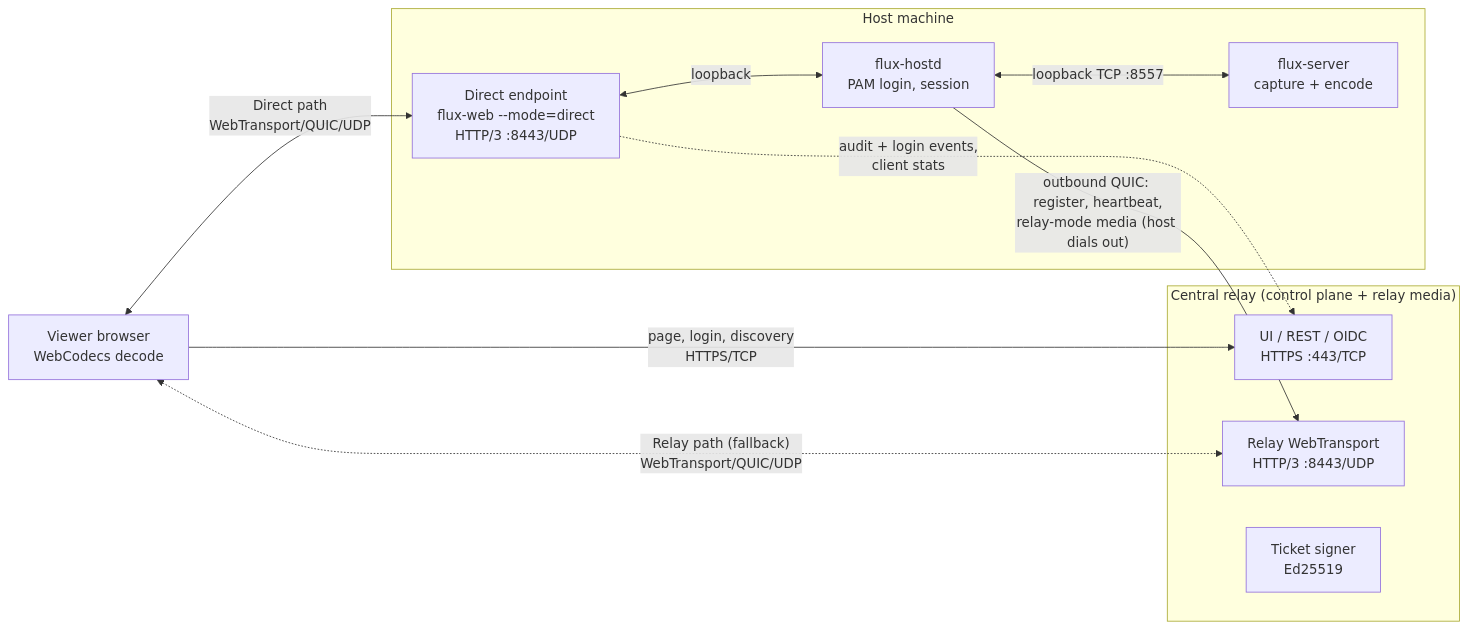
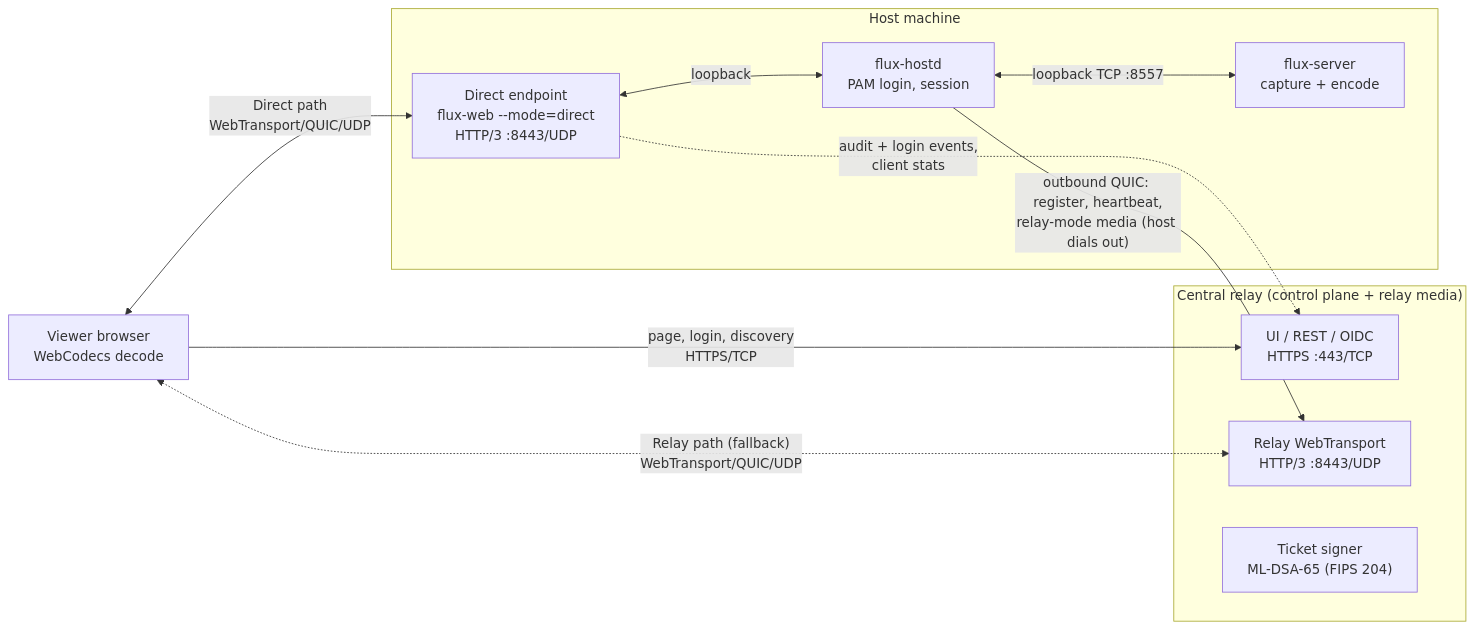
The first of 2 diagrams in docs/design/connection-modes.md (Exonical/rustcast), drawn with Mermaid before and after one commit. The commit also changed other lines of this file, not shown here.

Commit message:
docs: FIPS-approved PQC algorithms for tickets and key exchange

````diff
--- a/docs/design/connection-modes.md
+++ b/docs/design/connection-modes.md
@@ -27,22 +27,22 @@
 ```mermaid
 flowchart LR
     Browser["Viewer browser<br/>WebCodecs decode"]
     subgraph Central["Central relay (control plane + relay media)"]
         UI["UI / REST / OIDC<br/>HTTPS :443/TCP"]
         RWT["Relay WebTransport<br/>HTTP/3 :8443/UDP"]
-        Signer["Ticket signer<br/>Ed25519"]
+        Signer["Ticket signer<br/>ML-DSA-65 (FIPS 204)"]
     end
     subgraph Host["Host machine"]
         DWT["Direct endpoint<br/>flux-web --mode=direct<br/>HTTP/3 :8443/UDP"]
         Hostd["flux-hostd<br/>PAM login, session"]
         Agent["flux-server<br/>capture + encode"]
     end
 
     Browser -->|"page, login, discovery<br/>HTTPS/TCP"| UI
     Browser <-->|"Direct path<br/>WebTransport/QUIC/UDP"| DWT
     Browser <-.->|"Relay path (fallback)<br/>WebTransport/QUIC/UDP"| RWT
     Hostd -->|"outbound QUIC: register, heartbeat,<br/>relay-mode media (host dials out)"| RWT
     DWT <-->|"loopback"| Hostd
     Hostd <-->|"loopback TCP :8557"| Agent
     DWT -.->|"audit + login events,<br/>client stats"| UI
 ```
````
